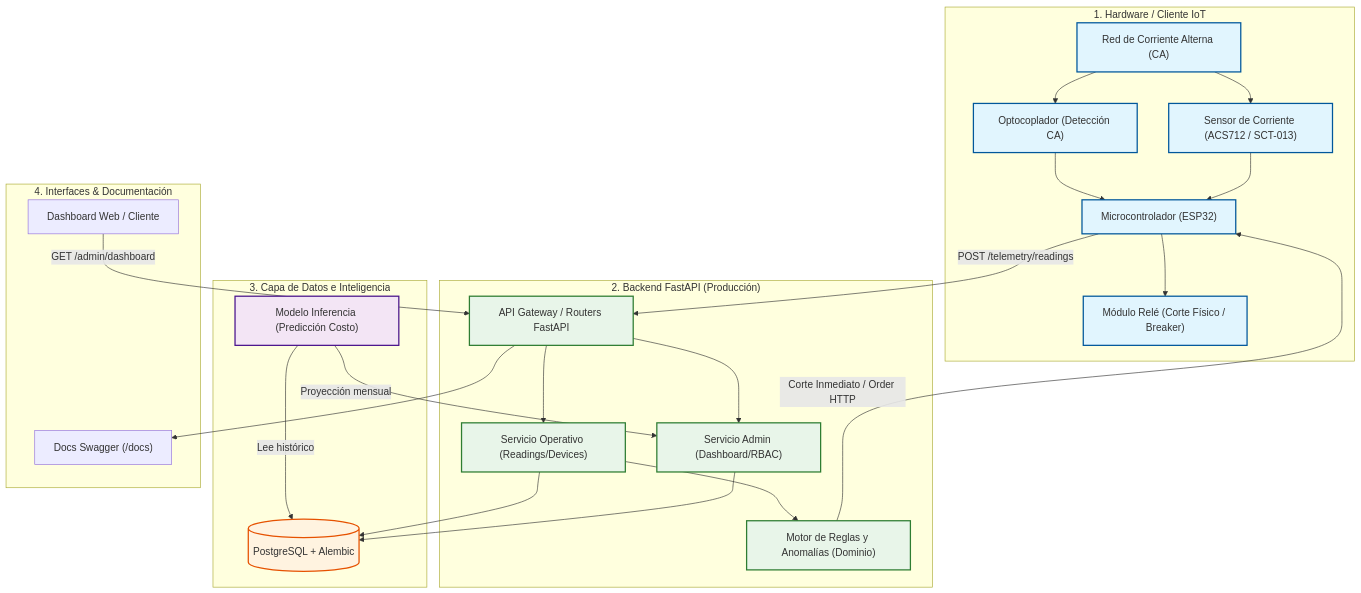
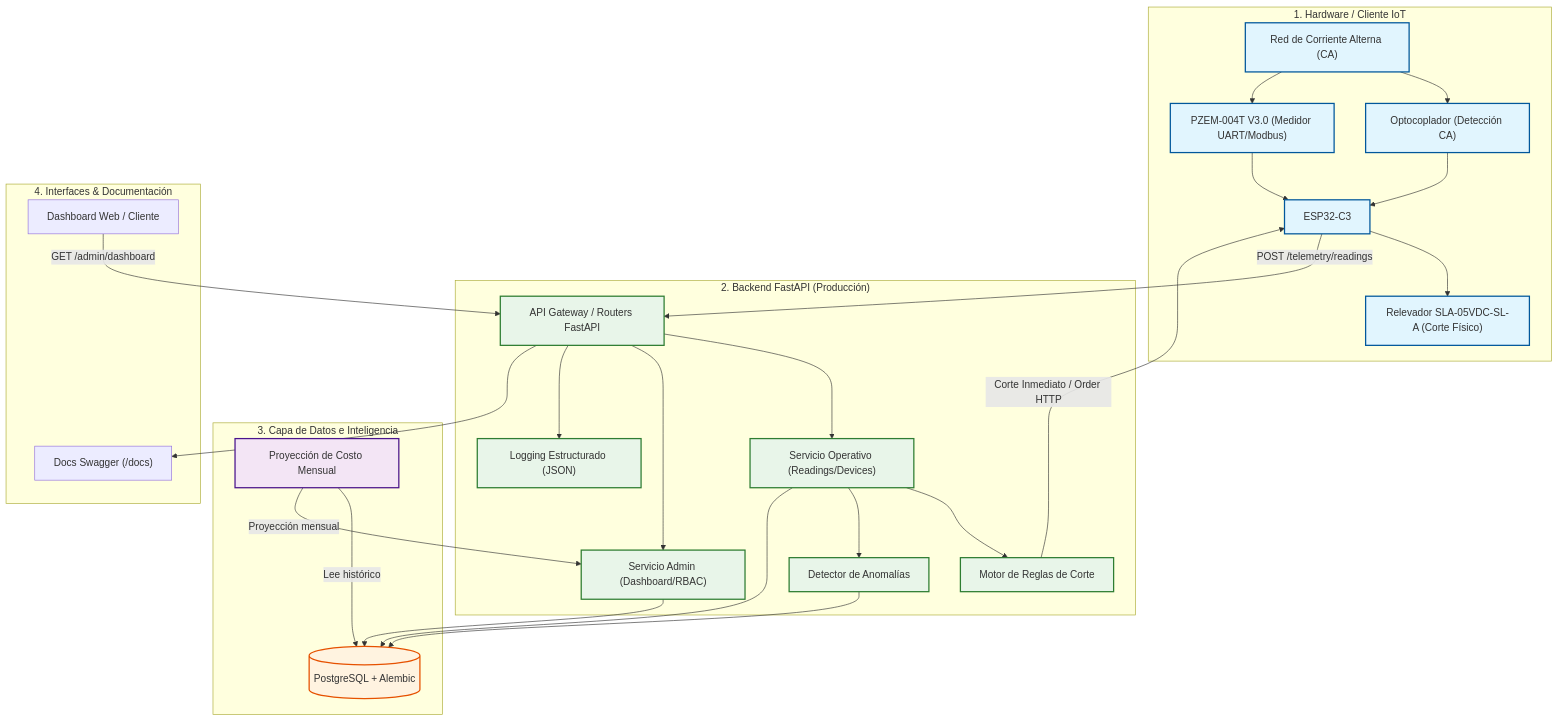
Before and after one commit to SNPAIX/Smart-Breaker-Telemetria-de-Energia-IoT: the diagram in README.md, drawn with Mermaid. The commit also changed other lines of this file and 1 other file, not shown here.

````diff
--- a/README.md
+++ b/README.md
@@ -33,51 +41,56 @@
 ```mermaid
 graph TD
     classDef hw fill:#e1f5fe,stroke:#01579b,stroke-width:2px;
     classDef api fill:#e8f5e9,stroke:#2e7d32,stroke-width:2px;
     classDef db fill:#fff3e0,stroke:#e65100,stroke-width:2px;
     classDef ia fill:#f3e5f5,stroke:#4a148c,stroke-width:2px;
 
     subgraph Edge ["1. Hardware / Cliente IoT"]
         AC["Red de Corriente Alterna (CA)"] --> Opto["Optocoplador (Detección CA)"]
-        AC --> SensorC["Sensor de Corriente (ACS712 / SCT-013)"]
-        Opto --> MCU["Microcontrolador (ESP32)"]
+        AC --> SensorC["PZEM-004T V3.0 (Medidor UART/Modbus)"]
+        Opto --> MCU["ESP32-C3"]
         SensorC --> MCU
-        MCU --> Rele["Módulo Relé (Corte Físico / Breaker)"]
+        MCU --> Rele["Relevador SLA-05VDC-SL-A (Corte Físico)"]
     end
 
     subgraph Backend ["2. Backend FastAPI (Producción)"]
         Ingress["API Gateway / Routers FastAPI"]
-        AlertEngine["Motor de Reglas y Anomalías (Dominio)"]
+        RulesEngine["Motor de Reglas de Corte"]
+        AnomalyEngine["Detector de Anomalías"]
         ServiceOp["Servicio Operativo (Readings/Devices)"]
         ServiceAdmin["Servicio Admin (Dashboard/RBAC)"]
-        
+        Logging["Logging Estructurado (JSON)"]
+
         MCU -- "POST /telemetry/readings" --> Ingress
         Ingress --> ServiceOp
         Ingress --> ServiceAdmin
-        ServiceOp --> AlertEngine
-        AlertEngine -- "Corte Inmediato / Order HTTP" --> MCU
+        ServiceOp --> RulesEngine
+        ServiceOp --> AnomalyEngine
+        RulesEngine -- "Corte Inmediato / Order HTTP" --> MCU
+        Ingress --> Logging
     end
 
     subgraph DataAI ["3. Capa de Datos e Inteligencia"]
         DB[(PostgreSQL + Alembic)]
-        IAModel["Modelo Inferencia (Predicción Costo)"]
-        
+        CostModel["Proyección de Costo Mensual"]
+
         ServiceOp --> DB
         ServiceAdmin --> DB
-        IAModel -- "Lee histórico" --> DB
-        IAModel -- "Proyección mensual" --> ServiceAdmin
+        AnomalyEngine --> DB
+        CostModel -- "Lee histórico" --> DB
+        CostModel -- "Proyección mensual" --> ServiceAdmin
     end
 
     subgraph Client ["4. Interfaces & Documentación"]
         Swagger["Docs Swagger (/docs)"]
         AppUI["Dashboard Web / Cliente"]
-        
+
         AppUI -- "GET /admin/dashboard" --> Ingress
         Ingress --> Swagger
     end
 
     class AC,Opto,SensorC,MCU,Rele hw;
-    class Ingress,AlertEngine,ServiceOp,ServiceAdmin api;
+    class Ingress,RulesEngine,AnomalyEngine,ServiceOp,ServiceAdmin,Logging api;
     class DB db;
-    class IAModel ia;
+    class CostModel ia;
 ```
````
